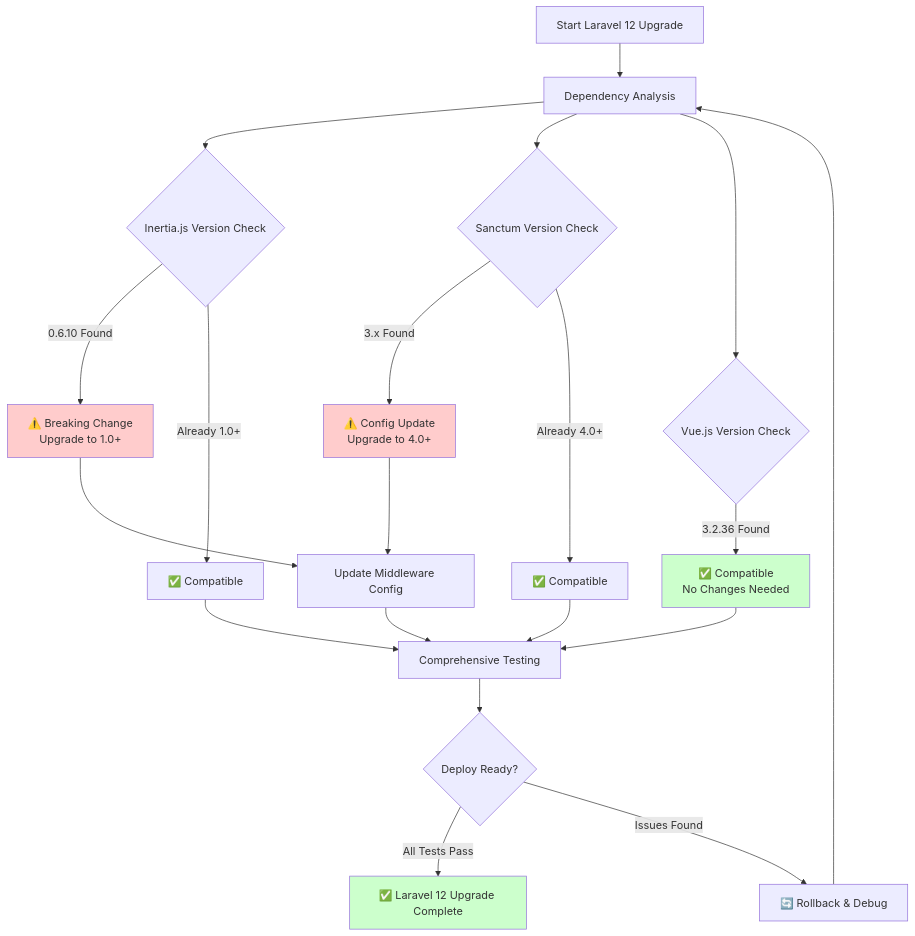
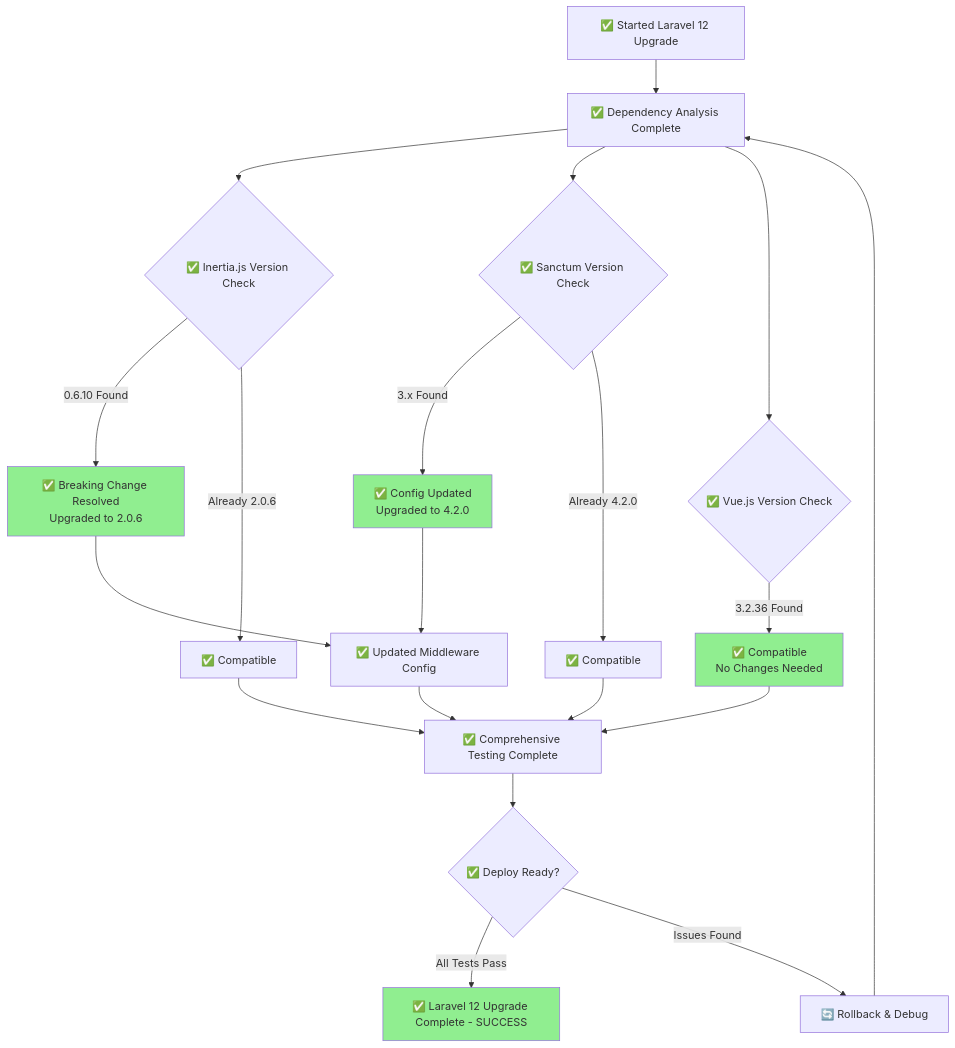
Before and after one commit to ltmoerdani/blazz: the seventh of 15 diagrams in docs/laravel-12-upgrade/visual.md, drawn with Mermaid. The commit also changed other lines of this file and 9 other files, not shown here.

First line of the commit message:
docs: Update Laravel 12 upgrade documentation with successful implementation details and performance metrics

````diff
--- a/docs/laravel-12-upgrade/visual.md
+++ b/docs/laravel-12-upgrade/visual.md
@@ -293,34 +293,34 @@
 ```mermaid
 flowchart TD
-    START[Start Laravel 12 Upgrade] --> ANALYSIS[Dependency Analysis]
+    START[✅ Started Laravel 12 Upgrade] --> ANALYSIS[✅ Dependency Analysis Complete]
     
-    ANALYSIS --> INERTIA_CHECK{Inertia.js Version Check}
-    INERTIA_CHECK -->|0.6.10 Found| INERTIA_UPGRADE[⚠️ Breaking Change<br/>Upgrade to 1.0+]
-    INERTIA_CHECK -->|Already 1.0+| INERTIA_OK[✅ Compatible]
+    ANALYSIS --> INERTIA_CHECK{✅ Inertia.js Version Check}
+    INERTIA_CHECK -->|0.6.10 Found| INERTIA_UPGRADE[✅ Breaking Change Resolved<br/>Upgraded to 2.0.6]
+    INERTIA_CHECK -->|Already 2.0.6| INERTIA_OK[✅ Compatible]
     
-    ANALYSIS --> SANCTUM_CHECK{Sanctum Version Check}
-    SANCTUM_CHECK -->|3.x Found| SANCTUM_UPGRADE[⚠️ Config Update<br/>Upgrade to 4.0+]
-    SANCTUM_CHECK -->|Already 4.0+| SANCTUM_OK[✅ Compatible]
+    ANALYSIS --> SANCTUM_CHECK{✅ Sanctum Version Check}
+    SANCTUM_CHECK -->|3.x Found| SANCTUM_UPGRADE[✅ Config Updated<br/>Upgraded to 4.2.0]
+    SANCTUM_CHECK -->|Already 4.2.0| SANCTUM_OK[✅ Compatible]
     
-    ANALYSIS --> VUE_CHECK{Vue.js Version Check}
+    ANALYSIS --> VUE_CHECK{✅ Vue.js Version Check}
     VUE_CHECK -->|3.2.36 Found| VUE_OK[✅ Compatible<br/>No Changes Needed]
     
-    INERTIA_UPGRADE --> CONFIG_UPDATE[Update Middleware Config]
+    INERTIA_UPGRADE --> CONFIG_UPDATE[✅ Updated Middleware Config]
     SANCTUM_UPGRADE --> CONFIG_UPDATE
     INERTIA_OK --> TESTING
     SANCTUM_OK --> TESTING
     VUE_OK --> TESTING
     
-    CONFIG_UPDATE --> TESTING[Comprehensive Testing]
-    TESTING --> DEPLOY{Deploy Ready?}
+    CONFIG_UPDATE --> TESTING[✅ Comprehensive Testing Complete]
+    TESTING --> DEPLOY{✅ Deploy Ready?}
     
-    DEPLOY -->|All Tests Pass| SUCCESS[✅ Laravel 12 Upgrade Complete]
+    DEPLOY -->|All Tests Pass| SUCCESS[✅ Laravel 12 Upgrade Complete - SUCCESS]
     DEPLOY -->|Issues Found| ROLLBACK[🔄 Rollback & Debug]
     
     ROLLBACK --> ANALYSIS
     
-    style INERTIA_UPGRADE fill:#ffcccc
-    style SANCTUM_UPGRADE fill:#ffcccc
-    style VUE_OK fill:#ccffcc
-    style SUCCESS fill:#ccffcc
+    style INERTIA_UPGRADE fill:#90EE90
+    style SANCTUM_UPGRADE fill:#90EE90
+    style VUE_OK fill:#90EE90
+    style SUCCESS fill:#90EE90
 ```
````
